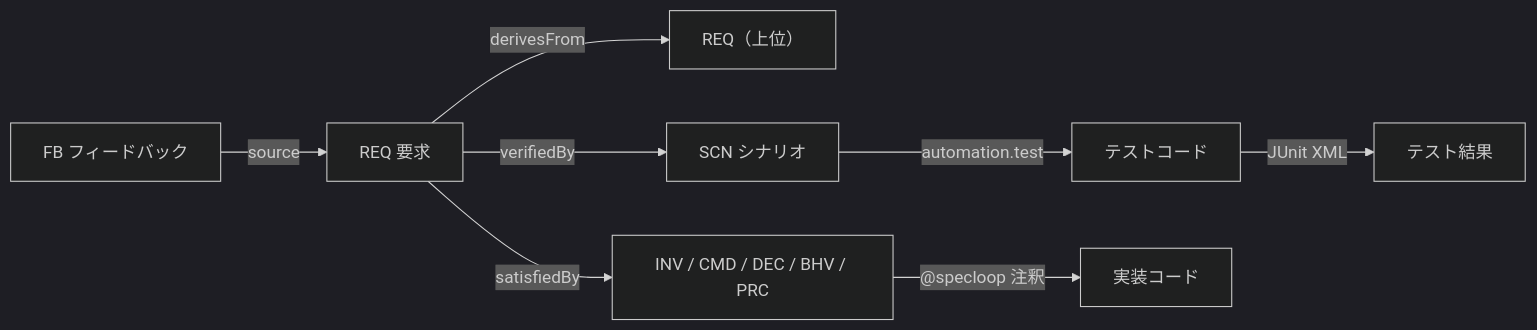
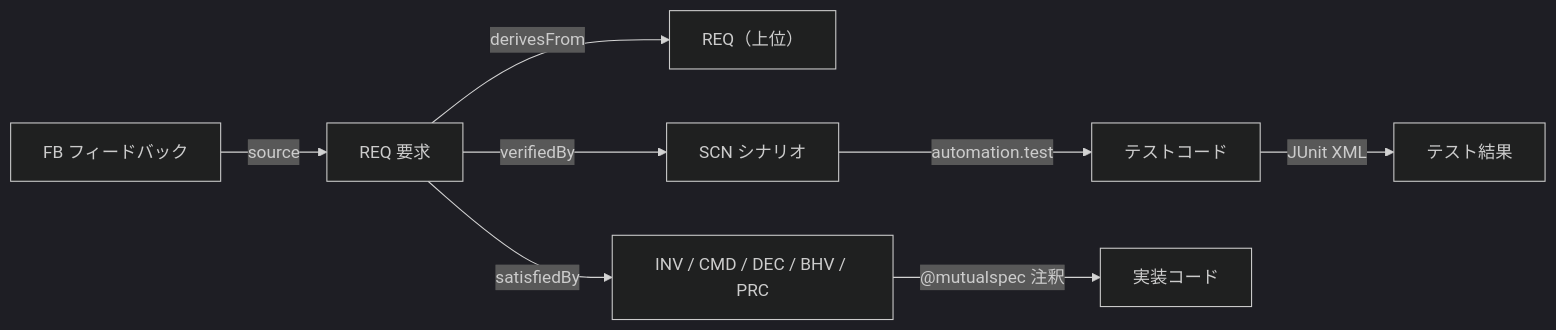
Before and after one commit to shuji-bonji/mutualspec: the second of 2 diagrams in docs/04-spec-format.md, drawn with Mermaid (dark theme). The commit also changed other lines of this file and 86 other files, not shown here.

````diff
--- a/docs/04-spec-format.md
+++ b/docs/04-spec-format.md
@@ -200,10 +200,10 @@
 ```mermaid
 flowchart LR
   FB["FB フィードバック"] -->|"source"| REQ["REQ 要求"]
   REQ -->|derivesFrom| REQ2["REQ（上位）"]
   REQ -->|satisfiedBy| MODEL["INV / CMD / DEC / BHV / PRC"]
   REQ -->|verifiedBy| SCN["SCN シナリオ"]
   SCN -->|automation.test| TEST["テストコード"]
-  MODEL -->|"@specloop 注釈"| CODE["実装コード"]
+  MODEL -->|"@mutualspec 注釈"| CODE["実装コード"]
   TEST -->|"JUnit XML"| RESULT["テスト結果"]
 ```
````
